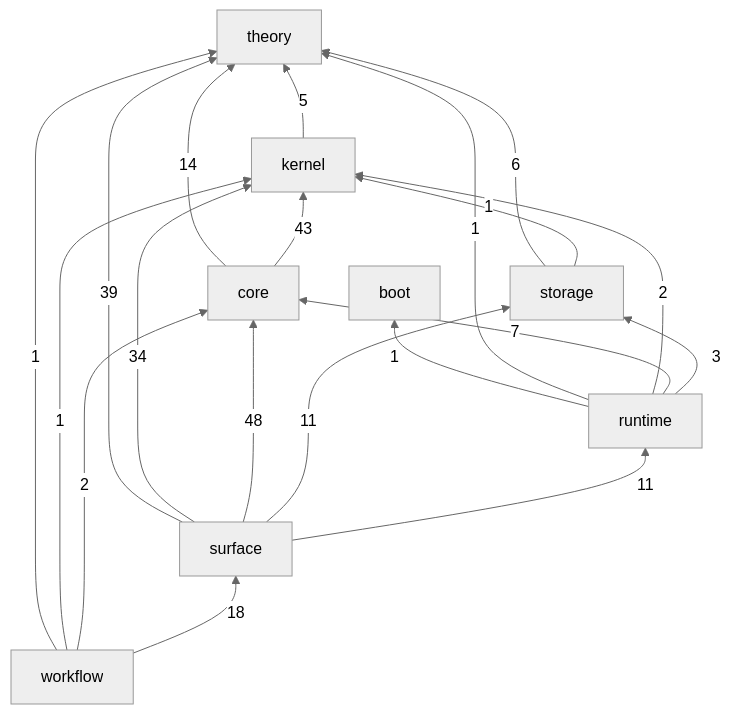
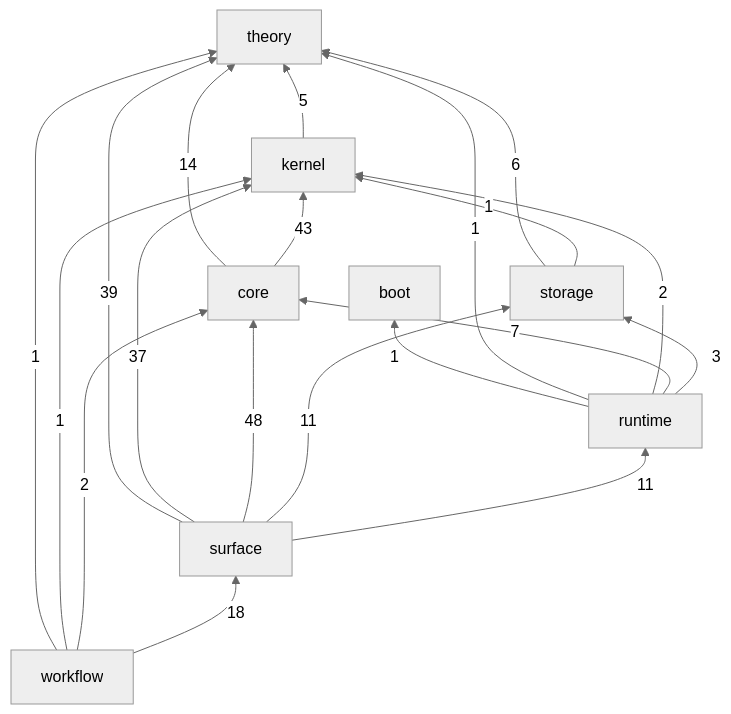
The first of 2 diagrams in crates/README.md (gandr-lang/gandr), drawn with Mermaid (neutral theme) before and after one commit. The commit also changed 28 other files, not shown here.

````diff
--- a/crates/README.md
+++ b/crates/README.md
@@ -28,30 +28,30 @@
 ```mermaid
 flowchart BT
   boot
   theory
   kernel
   core
   storage
   runtime
   surface
   workflow
   kernel -->|5| theory
   core -->|14| theory
   core -->|43| kernel
   storage -->|6| theory
   storage -->|1| kernel
   runtime -->|1| boot
   runtime -->|1| theory
   runtime -->|2| kernel
   runtime -->|7| core
   runtime -->|3| storage
   surface -->|39| theory
-  surface -->|34| kernel
+  surface -->|37| kernel
   surface -->|48| core
   surface -->|11| storage
   surface -->|11| runtime
   workflow -->|1| theory
   workflow -->|1| kernel
   workflow -->|2| core
   workflow -->|18| surface
 ```
````
